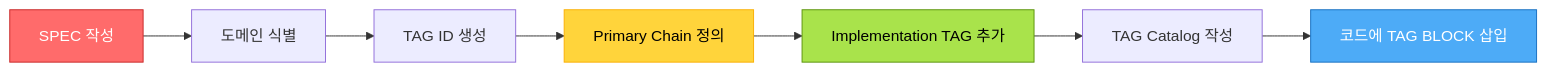
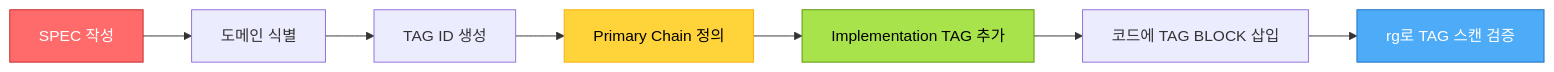
One commit to modu-ai/moai-adk changed the fourth of 6 diagrams in docs/claude/agents/tag-agent.md. Above: the diagram before and after it, drawn with Mermaid. The commit also changed other lines of this file and 151 other files, not shown here.

````diff
--- a/docs/claude/agents/tag-agent.md
+++ b/docs/claude/agents/tag-agent.md
@@ -501,14 +493,14 @@
 ```mermaid
 graph LR
     A[SPEC 작성] --> B[도메인 식별]
     B --> C[TAG ID 생성]
     C --> D[Primary Chain 정의]
     D --> E[Implementation TAG 추가]
-    E --> F[TAG Catalog 작성]
-    F --> G[코드에 TAG BLOCK 삽입]
+    E --> F[코드에 TAG BLOCK 삽입]
+    F --> G[rg로 TAG 스캔 검증]
 
     style A fill:#ff6b6b,stroke:#c92a2a,color:#fff
     style D fill:#ffd43b,stroke:#fab005,color:#000
     style E fill:#a9e34b,stroke:#5c940d,color:#000
     style G fill:#4dabf7,stroke:#1971c2,color:#fff
 ```
````
